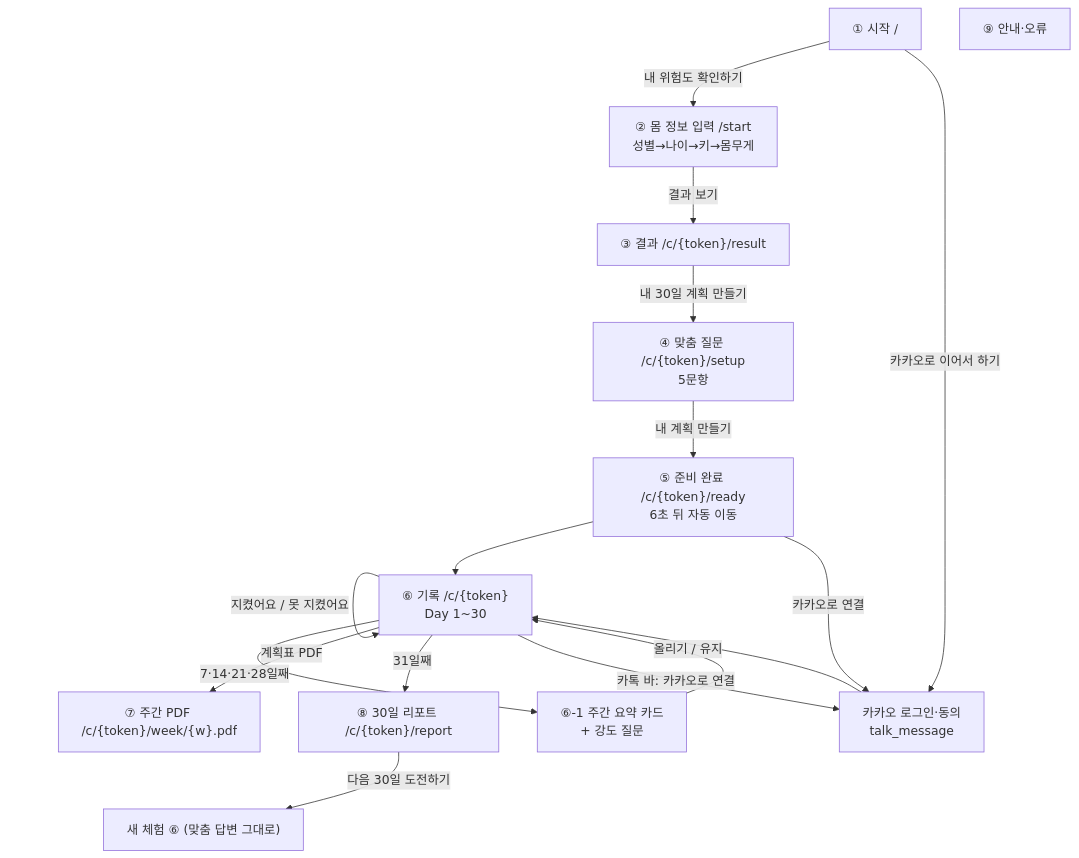
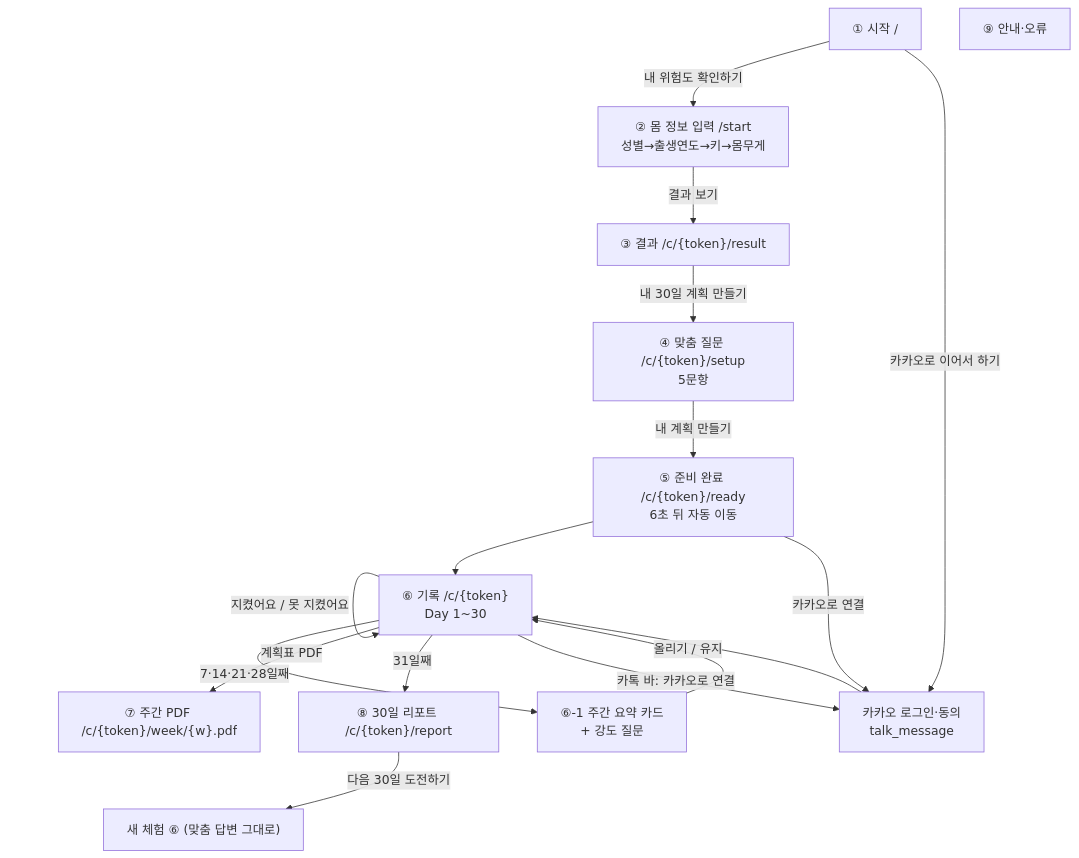
One commit to AI-HealthCare-07/watchme changed the diagram in docs/deliverables/wireframes.md. Above: the diagram before and after it, drawn with Mermaid. The commit also changed other lines of this file and 4 other files, not shown here.

````diff
--- a/docs/deliverables/wireframes.md
+++ b/docs/deliverables/wireframes.md
@@ -10,19 +10,19 @@
 ```mermaid
 flowchart TD
-    L["① 시작 /"] -->|내 위험도 확인하기| S["② 몸 정보 입력 /start<br>성별→나이→키→몸무게"]
+    L["① 시작 /"] -->|내 위험도 확인하기| S["② 몸 정보 입력 /start<br>성별→출생연도→키→몸무게"]
     S -->|결과 보기| R["③ 결과 /c/{token}/result"]
     R -->|내 30일 계획 만들기| Q["④ 맞춤 질문 /c/{token}/setup<br>5문항"]
     Q -->|내 계획 만들기| Y["⑤ 준비 완료 /c/{token}/ready<br>6초 뒤 자동 이동"]
     Y --> C["⑥ 기록 /c/{token}<br>Day 1~30"]
     C -->|지켰어요 / 못 지켰어요| C
     C -->|7·14·21·28일째| W["⑥-1 주간 요약 카드<br>+ 강도 질문"]
     W -->|올리기 / 유지| C
     C -->|계획표 PDF| P["⑦ 주간 PDF /c/{token}/week/{w}.pdf"]
     C -->|31일째| RP["⑧ 30일 리포트 /c/{token}/report"]
     RP -->|다음 30일 도전하기| C2["새 체험 ⑥ (맞춤 답변 그대로)"]
     Y -->|카카오로 연결| K["카카오 로그인·동의<br>talk_message"]
     C -->|카톡 바: 카카오로 연결| K
     L -->|카카오로 이어서 하기| K
     K --> C
     E["⑨ 안내·오류"]
 ```
````
